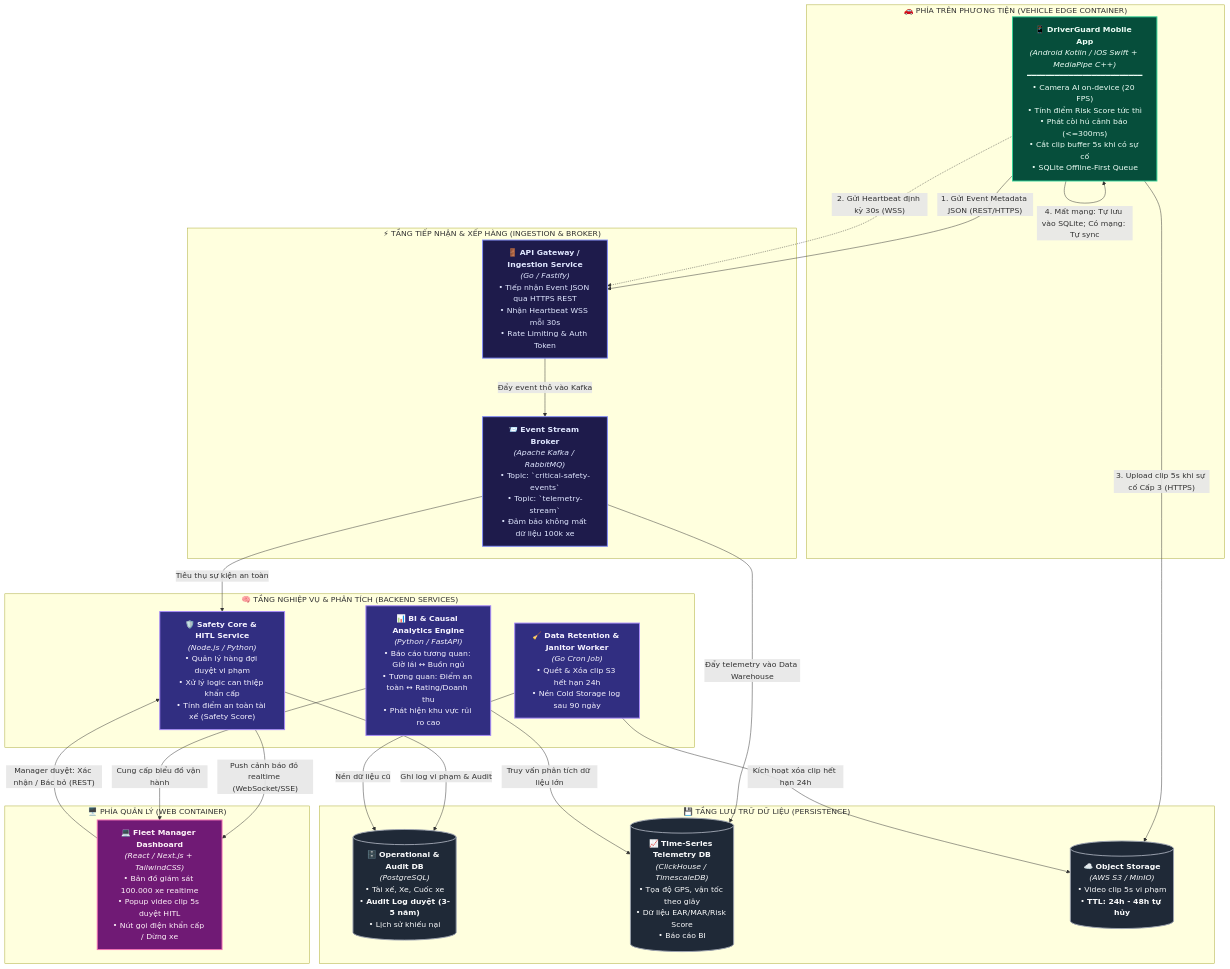
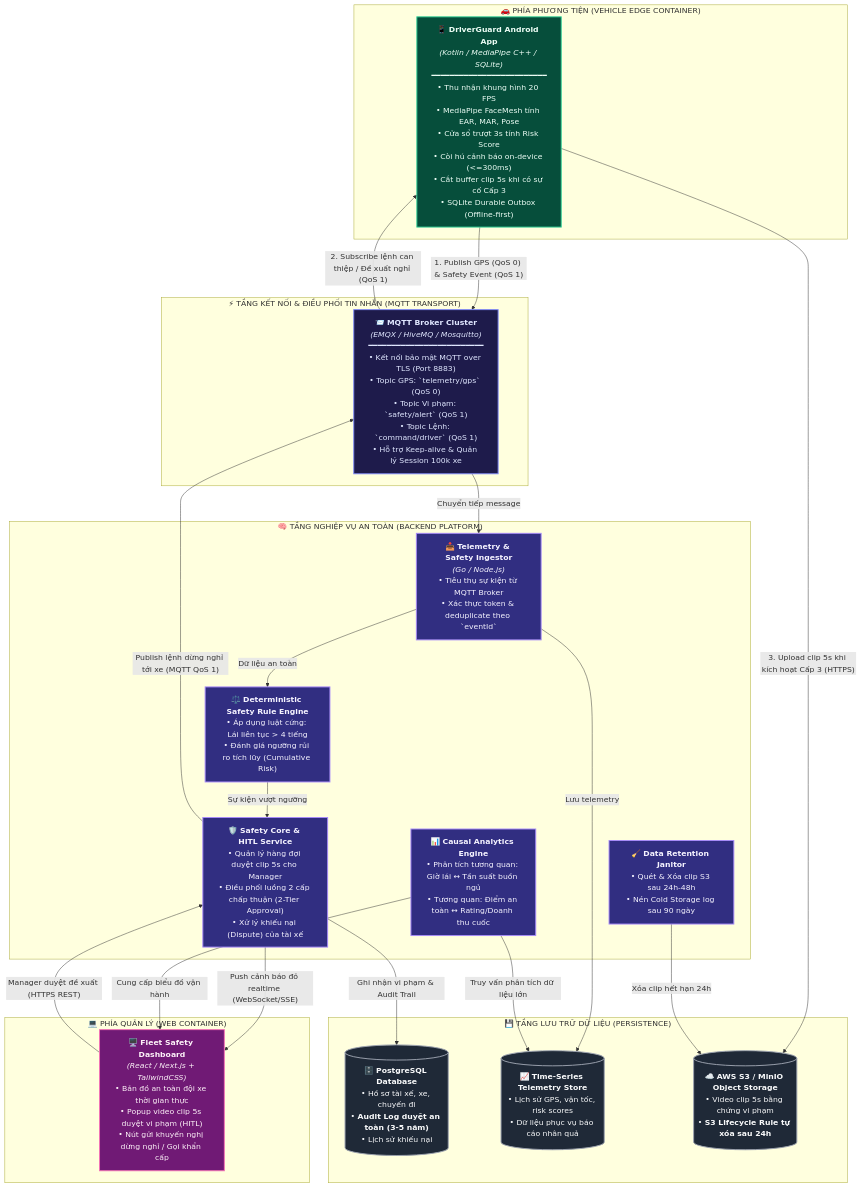
Before and after one commit to vietdezet2004/viewMD: the second of 4 diagrams in README.md, drawn with Mermaid. The commit also changed other lines of this file, not shown here.

````diff
--- a/README.md
+++ b/README.md
@@ -92,60 +99,64 @@
 ```mermaid
 flowchart TB
-    subgraph EDGE_LAYER ["🚗 PHÍA TRÊN PHƯƠNG TIỆN (VEHICLE EDGE CONTAINER)"]
-        MobileApp["📱 <b>DriverGuard Mobile App</b><br><i>(Android Kotlin / iOS Swift + MediaPipe C++)</i><br>━━━━━━━━━━━━━━━━━━━━━━━━━<br>• Camera AI on-device (20 FPS)<br>• Tính điểm Risk Score tức thì<br>• Phát còi hú cảnh báo (<=300ms)<br>• Cắt clip buffer 5s khi có sự cố<br>• SQLite Offline-First Queue"]
+    subgraph VEHICLE_EDGE ["🚗 PHÍA PHƯƠNG TIỆN (VEHICLE EDGE CONTAINER)"]
+        MobileApp["📱 <b>DriverGuard Android App</b><br><i>(Kotlin / MediaPipe C++ / SQLite)</i><br>━━━━━━━━━━━━━━━━━━━━━━━━━<br>• Thu nhận khung hình 20 FPS<br>• MediaPipe FaceMesh tính EAR, MAR, Pose<br>• Cửa sổ trượt 3s tính Risk Score<br>• Còi hú cảnh báo on-device (<=300ms)<br>• Cắt buffer clip 5s khi có sự cố Cấp 3<br>• SQLite Durable Outbox (Offline-first)"]
     end
 
-    subgraph INGESTION_LAYER ["⚡ TẦNG TIẾP NHẬN & XẾP HÀNG (INGESTION & BROKER)"]
-        APIGateway["🚪 <b>API Gateway / Ingestion Service</b><br><i>(Go / Fastify)</i><br>• Tiếp nhận Event JSON qua HTTPS REST<br>• Nhận Heartbeat WSS mỗi 30s<br>• Rate Limiting & Auth Token"]
-        MsgBroker["📨 <b>Event Stream Broker</b><br><i>(Apache Kafka / RabbitMQ)</i><br>• Topic: `critical-safety-events`<br>• Topic: `telemetry-stream`<br>• Đảm bảo không mất dữ liệu 100k xe"]
+    subgraph TRANSPORT_LAYER ["⚡ TẦNG KẾT NỐI & ĐIỀU PHỐI TIN NHẮN (MQTT TRANSPORT)"]
+        MQTTBroker["📨 <b>MQTT Broker Cluster</b><br><i>(EMQX / HiveMQ / Mosquitto)</i><br>━━━━━━━━━━━━━━━━━━━━━━━━━<br>• Kết nối bảo mật MQTT over TLS (Port 8883)<br>• Topic GPS: `telemetry/gps` (QoS 0)<br>• Topic Vi phạm: `safety/alert` (QoS 1)<br>• Topic Lệnh: `command/driver` (QoS 1)<br>• Hỗ trợ Keep-alive & Quản lý Session 100k xe"]
     end
 
-    subgraph BACKEND_SERVICES ["🧠 TẦNG NGHIỆP VỤ & PHÂN TÍCH (BACKEND SERVICES)"]
-        SafetyHITLSvc["🛡️ <b>Safety Core & HITL Service</b><br><i>(Node.js / Python)</i><br>• Quản lý hàng đợi duyệt vi phạm<br>• Xử lý logic can thiệp khẩn cấp<br>• Tính điểm an toàn tài xế (Safety Score)"]
-        ReportEngine["📊 <b>BI & Causal Analytics Engine</b><br><i>(Python / FastAPI)</i><br>• Báo cáo tương quan: Giờ lái ↔ Buồn ngủ<br>• Tương quan: Điểm an toàn ↔ Rating/Doanh thu<br>• Phát hiện khu vực rủi ro cao"]
-        RetentionWorker["🧹 <b>Data Retention & Janitor Worker</b><br><i>(Go Cron Job)</i><br>• Quét & Xóa clip S3 hết hạn 24h<br>• Nén Cold Storage log sau 90 ngày"]
+    subgraph BACKEND_PLATFORM ["🧠 TẦNG NGHIỆP VỤ AN TOÀN (BACKEND PLATFORM)"]
+        IngestionWorker["📥 <b>Telemetry & Safety Ingestor</b><br><i>(Go / Node.js)</i><br>• Tiêu thụ sự kiện từ MQTT Broker<br>• Xác thực token & deduplicate theo `eventId`"]
+        
+        RuleEngine["⚖️ <b>Deterministic Safety Rule Engine</b><br>• Áp dụng luật cứng: Lái liên tục > 4 tiếng<br>• Đánh giá ngưỡng rủi ro tích lũy (Cumulative Risk)"]
+        
+        SafetyHITLService["🛡️ <b>Safety Core & HITL Service</b><br>• Quản lý hàng đợi duyệt clip 5s cho Manager<br>• Điều phối luồng 2 cấp chấp thuận (2-Tier Approval)<br>• Xử lý khiếu nại (Dispute) của tài xế"]
+        
+        CausalReportEngine["📊 <b>Causal Analytics Engine</b><br>• Phân tích tương quan: Giờ lái ↔ Tần suất buồn ngủ<br>• Tương quan: Điểm an toàn ↔ Rating/Doanh thu cuốc"]
+        
+        RetentionWorker["🧹 <b>Data Retention Janitor</b><br>• Quét & Xóa clip S3 sau 24h-48h<br>• Nén Cold Storage log sau 90 ngày"]
     end
 
-    subgraph DATA_STORES ["💾 TẦNG LƯU TRỮ DỮ LIỆU (PERSISTENCE)"]
-        PostgresDB[("🗄️ <b>Operational & Audit DB</b><br><i>(PostgreSQL)</i><br>• Tài xế, Xe, Cuốc xe<br>• <b>Audit Log duyệt (3-5 năm)</b><br>• Lịch sử khiếu nại")]
-        ClickHouseDB[("📈 <b>Time-Series Telemetry DB</b><br><i>(ClickHouse / TimescaleDB)</i><br>• Tọa độ GPS, vận tốc theo giây<br>• Dữ liệu EAR/MAR/Risk Score<br>• Báo cáo BI")]
-        S3Storage[("☁️ <b>Object Storage</b><br><i>(AWS S3 / MinIO)</i><br>• Video clip 5s vi phạm<br>• <b>TTL: 24h - 48h tự hủy</b>")]
+    subgraph STORAGE_LAYER ["💾 TẦNG LƯU TRỮ DỮ LIỆU (PERSISTENCE)"]
+        PostgresDB[("🗄️ <b>PostgreSQL Database</b><br>• Hồ sơ tài xế, xe, chuyến đi<br>• <b>Audit Log duyệt an toàn (3-5 năm)</b><br>• Lịch sử khiếu nại")]
+        TelemetryDB[("📈 <b>Time-Series Telemetry Store</b><br>• Lịch sử GPS, vận tốc, risk scores<br>• Dữ liệu phục vụ báo cáo nhân quả")]
+        S3Bucket[("☁️ <b>AWS S3 / MinIO Object Storage</b><br>• Video clip 5s bằng chứng vi phạm<br>• <b>S3 Lifecycle Rule tự xóa sau 24h</b>")]
     end
 
-    subgraph WEB_LAYER ["🖥️ PHÍA QUẢN LÝ (WEB CONTAINER)"]
-        WebDashboard["💻 <b>Fleet Manager Dashboard</b><br><i>(React / Next.js + TailwindCSS)</i><br>• Bản đồ giám sát 100.000 xe realtime<br>• Popup video clip 5s duyệt HITL<br>• Nút gọi điện khẩn cấp / Dừng xe"]
+    subgraph WEB_DASHBOARD ["💻 PHÍA QUẢN LÝ (WEB CONTAINER)"]
+        ManagerUI["🖥️ <b>Fleet Safety Dashboard</b><br><i>(React / Next.js + TailwindCSS)</i><br>• Bản đồ an toàn đội xe thời gian thực<br>• Popup video clip 5s duyệt vi phạm (HITL)<br>• Nút gửi khuyến nghị dừng nghỉ / Gọi khẩn cấp"]
     end
 
     %% FLOWS
-    MobileApp -->|"1. Gửi Event Metadata JSON (REST/HTTPS)"| APIGateway
-    MobileApp -.->|"2. Gửi Heartbeat định kỳ 30s (WSS)"| APIGateway
-    MobileApp -->|"3. Upload clip 5s khi sự cố Cấp 3 (HTTPS)"| S3Storage
-    MobileApp -->|"4. Mất mạng: Tự lưu vào SQLite; Có mạng: Tự sync"| MobileApp
+    MobileApp -->|"1. Publish GPS (QoS 0) & Safety Event (QoS 1)"| MQTTBroker
+    MQTTBroker -->|"2. Subscribe lệnh can thiệp / Đề xuất nghỉ (QoS 1)"| MobileApp
+    MobileApp -->|"3. Upload clip 5s khi kích hoạt Cấp 3 (HTTPS)"| S3Bucket
 
-    APIGateway -->|"Đẩy event thô vào Kafka"| MsgBroker
-    MsgBroker -->|"Tiêu thụ sự kiện an toàn"| SafetyHITLSvc
-    MsgBroker -->|"Đẩy telemetry vào Data Warehouse"| ClickHouseDB
+    MQTTBroker -->|"Chuyển tiếp message"| IngestionWorker
+    IngestionWorker -->|"Dữ liệu an toàn"| RuleEngine
+    RuleEngine -->|"Sự kiện vượt ngưỡng"| SafetyHITLService
+    IngestionWorker -->|"Lưu telemetry"| TelemetryDB
 
-    SafetyHITLSvc -->|"Ghi log vi phạm & Audit"| PostgresDB
-    SafetyHITLSvc -->|"Push cảnh báo đỏ realtime (WebSocket/SSE)"| WebDashboard
-    WebDashboard -->|"Manager duyệt: Xác nhận / Bác bỏ (REST)"| SafetyHITLSvc
+    SafetyHITLService -->|"Ghi nhận vi phạm & Audit Trail"| PostgresDB
+    SafetyHITLService -->|"Push cảnh báo đỏ realtime (WebSocket/SSE)"| ManagerUI
+    ManagerUI -->|"Manager duyệt đề xuất (HTTPS REST)"| SafetyHITLService
+    SafetyHITLService -->|"Publish lệnh dừng nghỉ tới xe (MQTT QoS 1)"| MQTTBroker
 
-    ReportEngine -->|"Truy vấn phân tích dữ liệu lớn"| ClickHouseDB
-    ReportEngine -->|"Cung cấp biểu đồ vận hành"| WebDashboard
-
-    RetentionWorker -->|"Kích hoạt xóa clip hết hạn 24h"| S3Storage
-    RetentionWorker -->|"Nén dữ liệu cũ"| PostgresDB
+    CausalReportEngine -->|"Truy vấn phân tích dữ liệu lớn"| TelemetryDB
+    CausalReportEngine -->|"Cung cấp biểu đồ vận hành"| ManagerUI
+    RetentionWorker -->|"Xóa clip hết hạn 24h"| S3Bucket
 
     %% STYLING
     classDef edgeStyle fill:#064e3b,stroke:#34d399,stroke-width:2px,color:#ecfdf5;
-    classDef ingestStyle fill:#1e1b4b,stroke:#818cf8,stroke-width:2px,color:#e0e7ff;
+    classDef mqttStyle fill:#1e1b4b,stroke:#818cf8,stroke-width:2px,color:#e0e7ff;
     classDef svcStyle fill:#312e81,stroke:#a78bfa,stroke-width:2px,color:#f5f3ff;
     classDef dbStyle fill:#1f2937,stroke:#9ca3af,stroke-width:2px,color:#f9fafb;
     classDef webStyle fill:#701a75,stroke:#f472b6,stroke-width:2px,color:#fdf2f8;
 
     class MobileApp edgeStyle;
-    class APIGateway,MsgBroker ingestStyle;
-    class SafetyHITLSvc,ReportEngine,RetentionWorker svcStyle;
-    class PostgresDB,ClickHouseDB,S3Storage dbStyle;
-    class WebDashboard webStyle;
+    class MQTTBroker mqttStyle;
+    class IngestionWorker,RuleEngine,SafetyHITLService,CausalReportEngine,RetentionWorker svcStyle;
+    class PostgresDB,TelemetryDB,S3Bucket dbStyle;
+    class ManagerUI webStyle;
 ```
````
